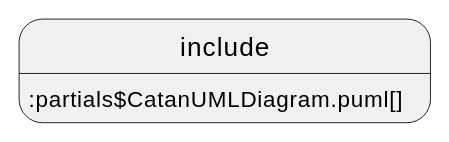
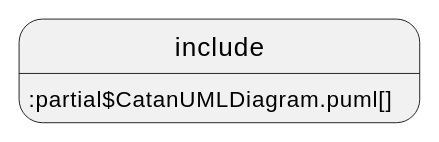
One commit to Bobinho44/PROJET_OOAD_M1 changed the first of 3 diagrams in catan-doc/modules/analyse/pages/analyse.adoc. Above: the diagram before and after it, drawn with PlantUML. The commit also changed other lines of this file, not shown here.

```diff
--- a/catan-doc/modules/analyse/pages/analyse.adoc
+++ b/catan-doc/modules/analyse/pages/analyse.adoc
@@ -17,4 +17,4 @@
 [plantuml]
 ....
-include::partials$CatanUMLDiagram.puml[]
+include::partial$CatanUMLDiagram.puml[]
 ....
```
